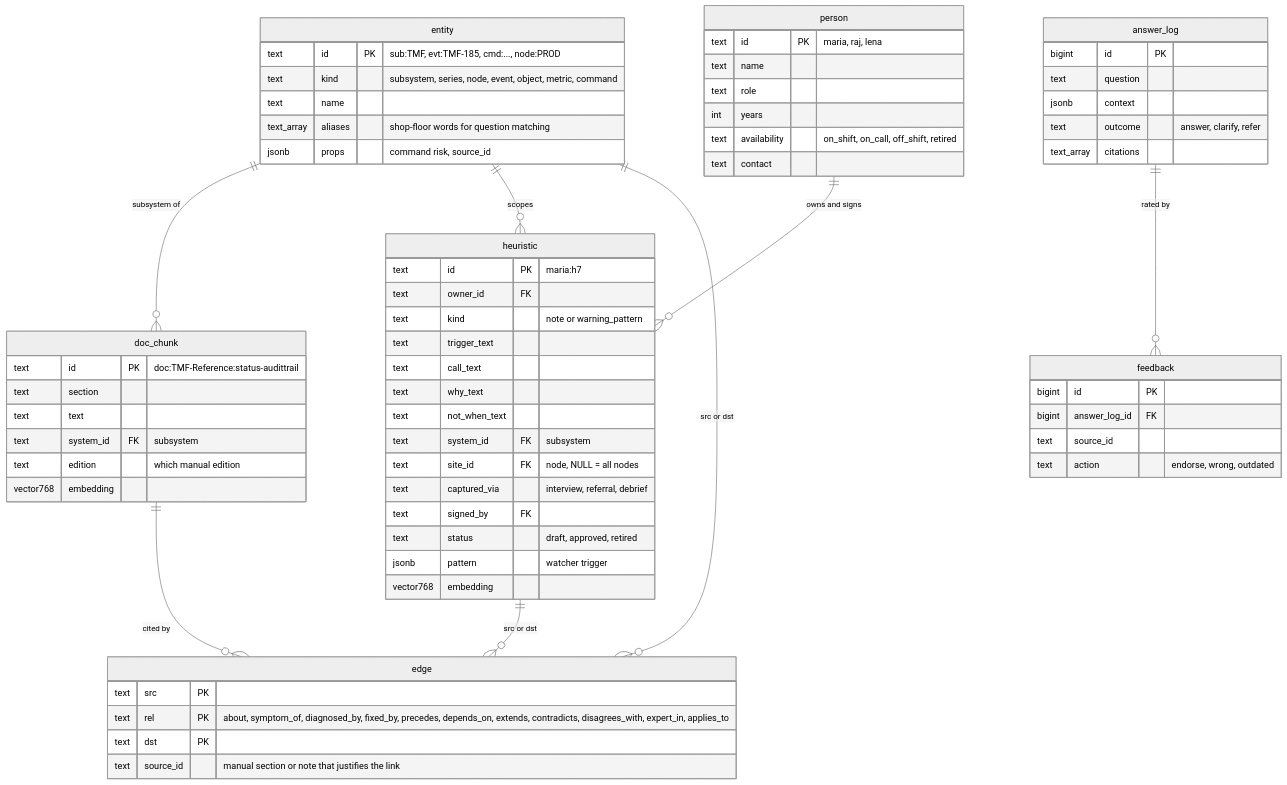
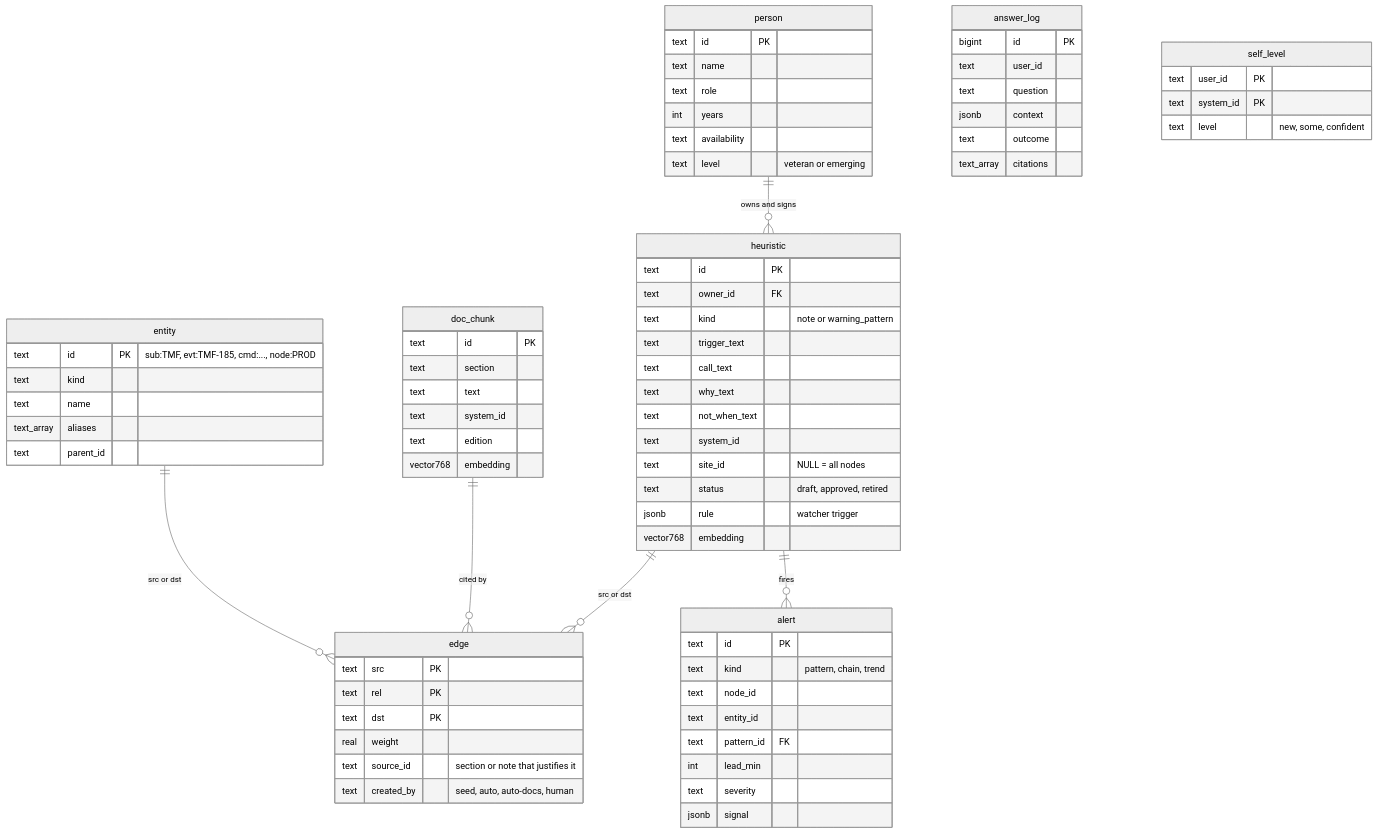
One commit to ghousee/catalyst-2026-team31 changed the second of 2 diagrams in README.md. Above: the diagram before and after it, drawn with Mermaid (neutral theme). The commit also changed other lines of this file and 1 other file, not shown here.

Commit message:
README and system design v3: watcher, Synapse, veterans and emerging veterans, integrations, limitations

````diff
--- a/README.md
+++ b/README.md
@@ -126,68 +132,76 @@
 ```mermaid
 erDiagram
   entity {
     text id PK "sub:TMF, evt:TMF-185, cmd:..., node:PROD"
-    text kind "subsystem, series, node, event, object, metric, command"
+    text kind
     text name
-    text_array aliases "shop-floor words for question matching"
-    jsonb props "command risk, source_id"
+    text_array aliases
+    text parent_id
   }
   doc_chunk {
-    text id PK "doc:TMF-Reference:status-audittrail"
+    text id PK
     text section
     text text
-    text system_id FK "subsystem"
-    text edition "which manual edition"
+    text system_id
+    text edition
     vector768 embedding
   }
   person {
-    text id PK "maria, raj, lena"
+    text id PK
     text name
     text role
     int years
-    text availability "on_shift, on_call, off_shift, retired"
-    text contact
+    text availability
+    text level "veteran or emerging"
   }
   heuristic {
-    text id PK "maria:h7"
+    text id PK
     text owner_id FK
     text kind "note or warning_pattern"
     text trigger_text
     text call_text
     text why_text
     text not_when_text
-    text system_id FK "subsystem"
-    text site_id FK "node, NULL = all nodes"
-    text captured_via "interview, referral, debrief"
-    text signed_by FK
+    text system_id
+    text site_id "NULL = all nodes"
     text status "draft, approved, retired"
-    jsonb pattern "watcher trigger"
+    jsonb rule "watcher trigger"
     vector768 embedding
   }
   edge {
     text src PK
-    text rel PK "about, symptom_of, diagnosed_by, fixed_by, precedes, depends_on, extends, contradicts, disagrees_with, expert_in, applies_to"
+    text rel PK
     text dst PK
-    text source_id "manual section or note that justifies the link"
+    real weight
+    text source_id "section or note that justifies it"
+    text created_by "seed, auto, auto-docs, human"
   }
   answer_log {
     bigint id PK
+    text user_id
     text question
     jsonb context
-    text outcome "answer, clarify, refer"
+    text outcome
     text_array citations
   }
-  feedback {
-    bigint id PK
-    bigint answer_log_id FK
-    text source_id
-    text action "endorse, wrong, outdated"
+  self_level {
+    text user_id PK
+    text system_id PK
+    text level "new, some, confident"
   }
-  entity ||--o{ doc_chunk : "subsystem of"
-  entity ||--o{ heuristic : "scopes"
+  alert {
+    text id PK
+    text kind "pattern, chain, trend"
+    text node_id
+    text entity_id
+    text pattern_id FK
+    int lead_min
+    text severity
+    jsonb signal
+  }
   person ||--o{ heuristic : "owns and signs"
   entity ||--o{ edge : "src or dst"
   heuristic ||--o{ edge : "src or dst"
   doc_chunk ||--o{ edge : "cited by"
-  answer_log ||--o{ feedback : "rated by"
+  heuristic ||--o{ alert : "fires"
 ```
````
